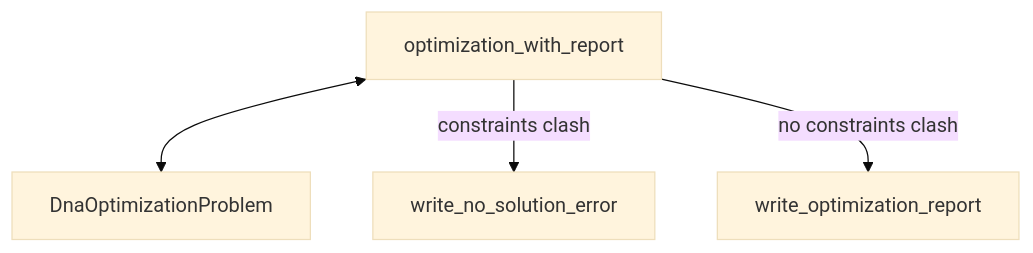
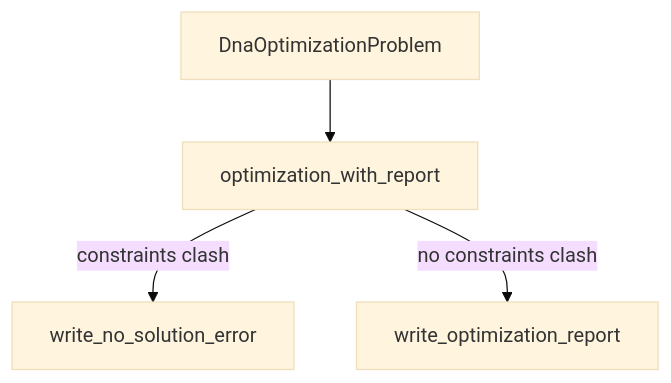
Before and after one commit to Edinburgh-Genome-Foundry/DnaChisel: the diagram in docs/ref/reports.rst, drawn with Mermaid (base theme). The commit also changed 9 other files, not shown here.

```diff
--- a/docs/ref/reports.rst
+++ b/docs/ref/reports.rst
@@ -4,6 +4,7 @@
 .. mermaid::
+   :align: center
 
    graph TD;
-      o[optimization_with_report] <--> D[DnaOptimizationProblem]
+      D[DnaOptimizationProblem] --> o[optimization_with_report] 
       o -->|constraints clash| N[write_no_solution_error]
       o -->|no constraints clash| W[write_optimization_report]
```
